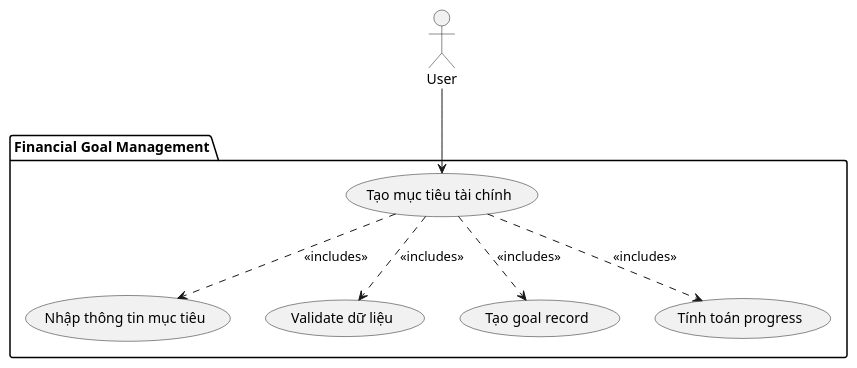
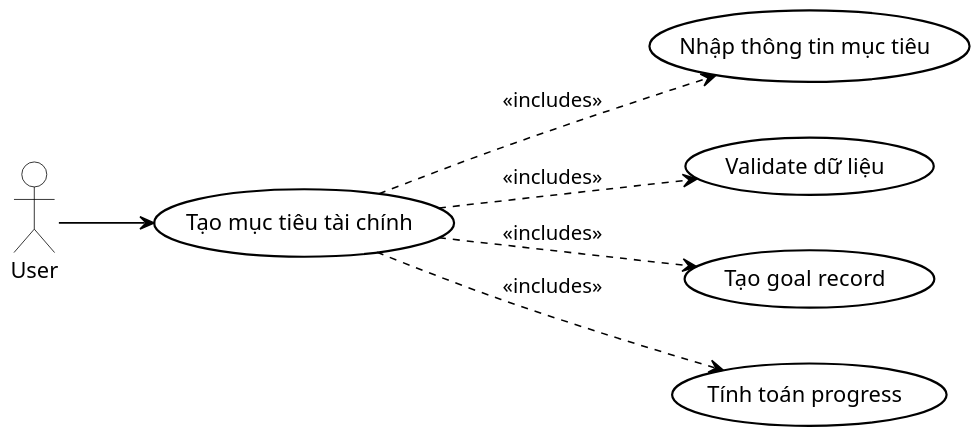
The diagram in uml-diagrams/UC_008_CreateGoal.puml (quanbin27/TabiMoney), drawn with PlantUML before and after one commit. The commit also changed 108 other files, not shown here.

Commit message:
docs: update diagram images

```diff
--- a/uml-diagrams/UC_008_CreateGoal.puml
+++ b/uml-diagrams/UC_008_CreateGoal.puml
@@ -1,18 +1,44 @@
 @startuml UC_008_CreateGoal
+
+skinparam usecase {
+    BackgroundColor #FFFFFF
+    BorderColor #000000
+    ArrowColor #000000
+    BorderThickness 1.4
+    FontColor #000000
+    FontSize 14
+}
+
+skinparam actor {
+    BackgroundColor #FFFFFF
+    BorderColor #000000
+    FontColor #000000
+    FontSize 14
+}
+
+skinparam package {
+    BorderColor #000000
+    FontColor #000000
+}
+
+skinparam shadowing false
+skinparam dpi 150
+
+' Layout ngang
+left to right direction
+
 actor User
 
-package "Financial Goal Management" {
-    usecase "Tạo mục tiêu tài chính" as UC_CreateGoal
-    usecase "Nhập thông tin mục tiêu" as UC_EnterGoalInfo
-    usecase "Validate dữ liệu" as UC_Validate
-    usecase "Tạo goal record" as UC_CreateRecord
-    usecase "Tính toán progress" as UC_CalculateProgress
-}
+usecase "Tạo mục tiêu tài chính" as UC_CreateGoal
+usecase "Nhập thông tin mục tiêu" as UC_EnterGoalInfo
+usecase "Validate dữ liệu" as UC_Validate
+usecase "Tạo goal record" as UC_CreateRecord
+usecase "Tính toán progress" as UC_CalculateProgress
 
 User --> UC_CreateGoal
 UC_CreateGoal ..> UC_EnterGoalInfo : <<includes>>
 UC_CreateGoal ..> UC_Validate : <<includes>>
 UC_CreateGoal ..> UC_CreateRecord : <<includes>>
 UC_CreateGoal ..> UC_CalculateProgress : <<includes>>
 
 @enduml
```
